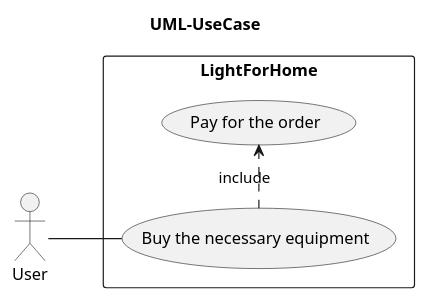
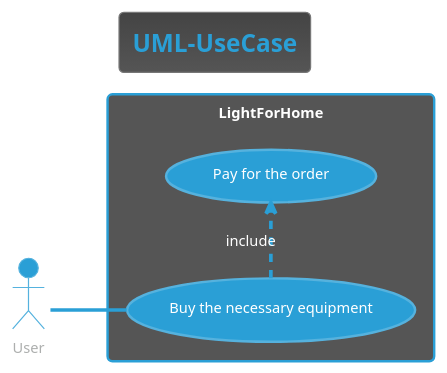
One commit to oleksandrblazhko/ai-212-ishenko changed the diagram in 2-SoftwareDesign/2.7-PlantUML/UML-UseCase.puml. Above: the diagram before and after it, drawn with PlantUML. The commit also changed 4 other files, not shown here.

```diff
--- a/2-SoftwareDesign/2.7-PlantUML/UML-UseCase.puml
+++ b/2-SoftwareDesign/2.7-PlantUML/UML-UseCase.puml
@@ -1,16 +1,16 @@
 @startuml
+!theme cyborg
 
 title UML-UseCase
 left to right direction
 actor :User:
 
 rectangle LightForHome {
 
     usecase (Buy the necessary equipment)
     usecase (Pay for the order)
 
    :User: -- (Buy the necessary equipment)
    (Buy the necessary equipment) .> (Pay for the order) : include
 }
-
 @enduml
```
